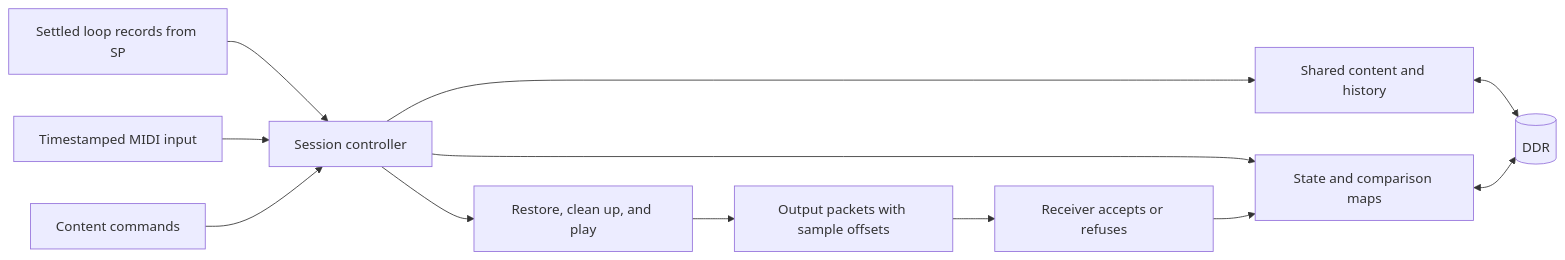
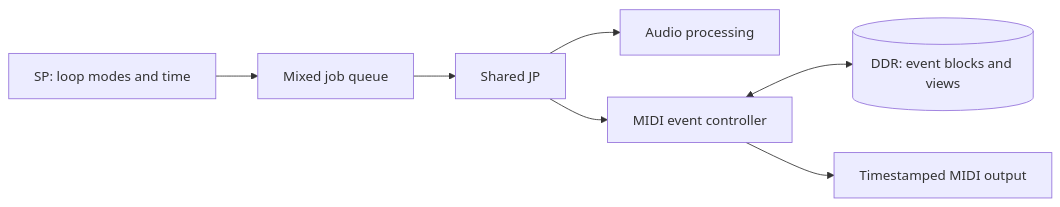
The diagram in fpga/midi/README.md (SanderVocke/shoopdaloop), drawn with Mermaid before and after one commit. The commit also changed other lines of this file and 34 other files, not shown here.

Commit message:
Remove MIDI instrument state from RTL for event-only measurements

````diff
--- a/fpga/midi/README.md
+++ b/fpga/midi/README.md
@@ -26,14 +12,9 @@
 ```mermaid
 flowchart LR
-    SP[Settled loop records from SP] --> C[Session controller]
-    I[Timestamped MIDI input] --> C
-    UI[Content commands] --> C
-    C --> S[Shared content and history]
-    C --> T[State and comparison maps]
-    C --> P[Restore, clean up, and play]
-    S <--> D[(DDR)]
-    T <--> D
-    P --> O[Output packets with sample offsets]
-    O --> A[Receiver accepts or refuses]
-    A --> T
+    SP[SP: loop modes and time] --> Q[Mixed job queue]
+    Q --> JP[Shared JP]
+    JP --> A[Audio processing]
+    JP --> M[MIDI event controller]
+    M <--> D[(DDR: event blocks and views)]
+    M --> O[Timestamped MIDI output]
 ```
````
